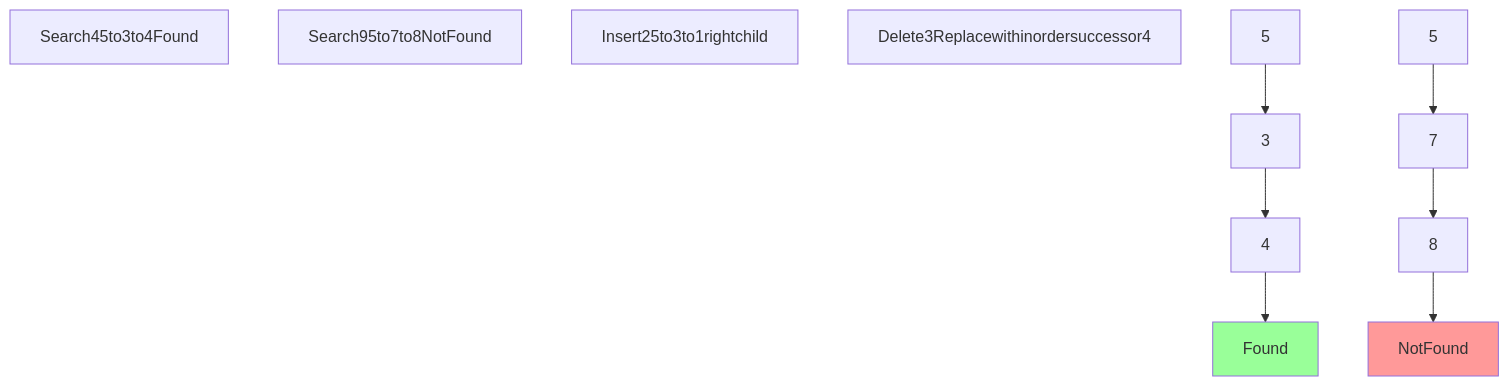
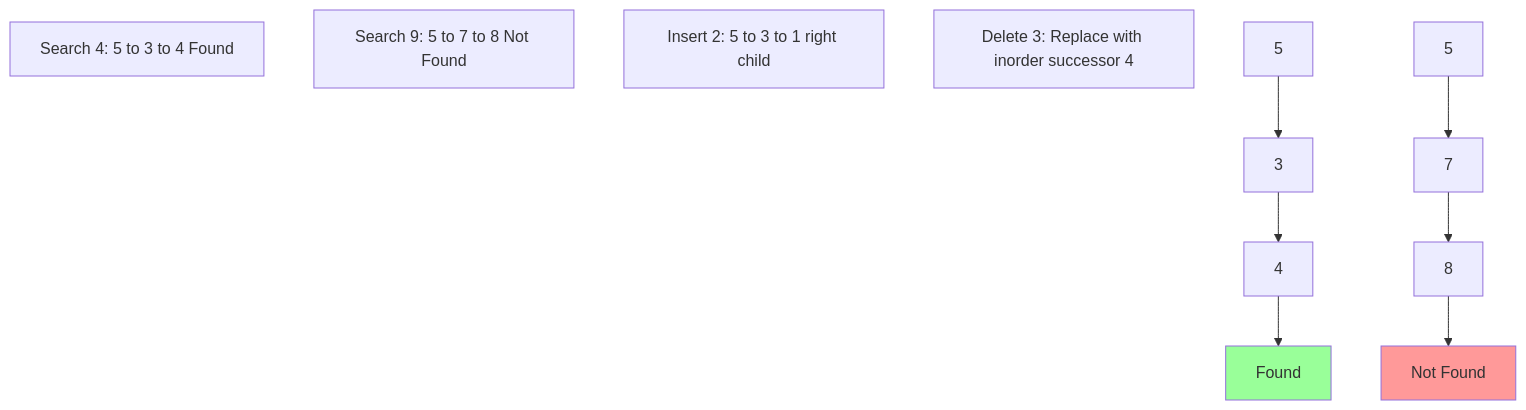
Before and after one commit to proxyroot/proxyroot.github.io: the second of 4 diagrams in _posts/2024-06-01-bst-overview.markdown, drawn with Mermaid. The commit also changed other lines of this file, not shown here.

````diff
--- a/_posts/2024-06-01-bst-overview.markdown
+++ b/_posts/2024-06-01-bst-overview.markdown
@@ -41,18 +41,18 @@
 ```mermaid
 graph TD
-    S1[Search45to3to4Found]
-    S2[Search95to7to8NotFound]
-    I1[Insert25to3to1rightchild]
-    D1[Delete3Replacewithinordersuccessor4]
+    S1[Search 4: 5 to 3 to 4 Found]
+    S2[Search 9: 5 to 7 to 8 Not Found]
+    I1[Insert 2: 5 to 3 to 1 right child]
+    D1[Delete 3: Replace with inorder successor 4]
     
     Path1[5] --> Path2[3]
     Path2 --> Path3[4]
     Path3 --> Found[Found]
     
     Path4[5] --> Path5[7]
     Path5 --> Path6[8]
-    Path6 --> NotFound[NotFound]
+    Path6 --> NotFound[Not Found]
     
     style Found fill:#99ff99
     style NotFound fill:#ff9999
 ```
````
